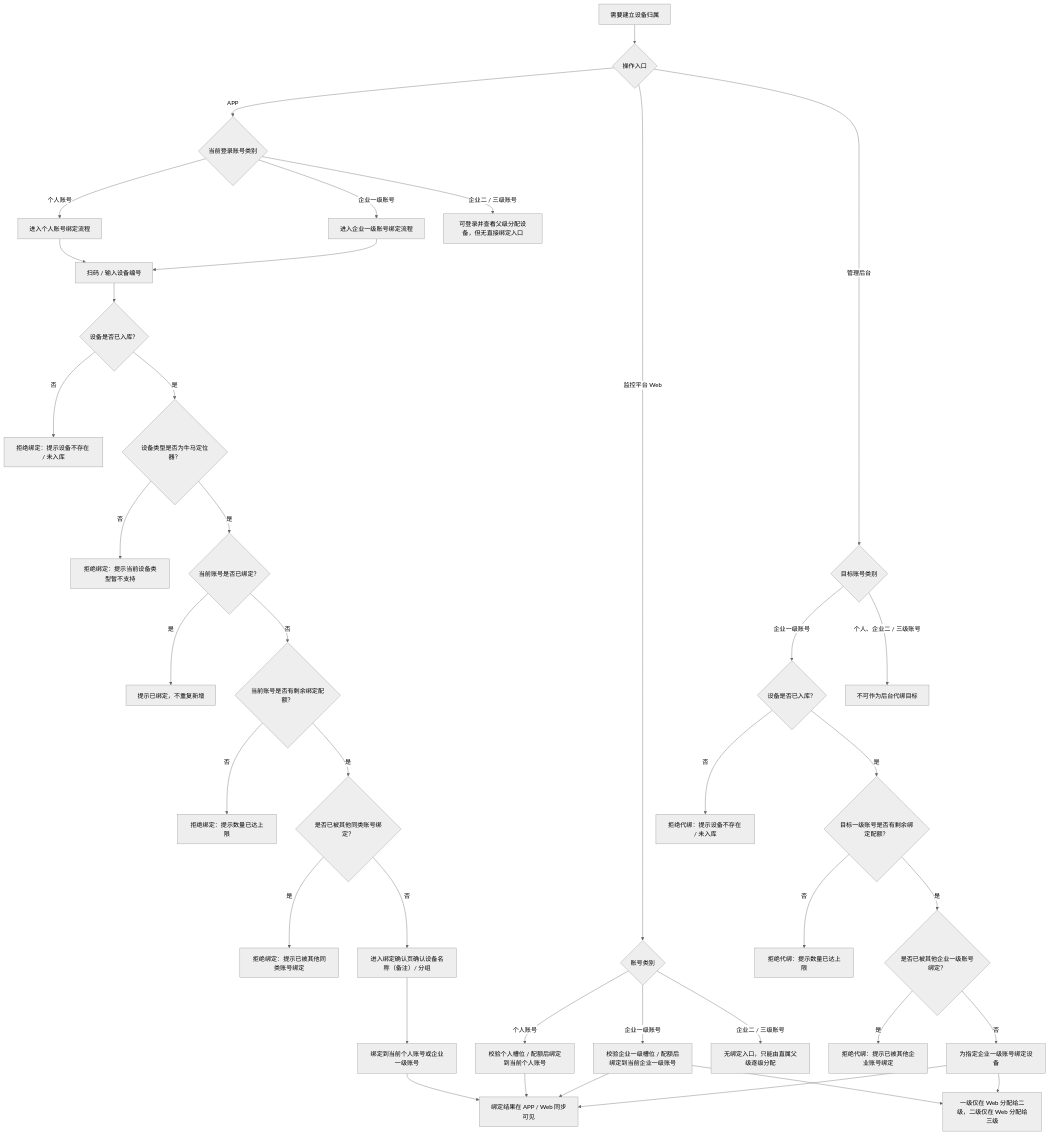
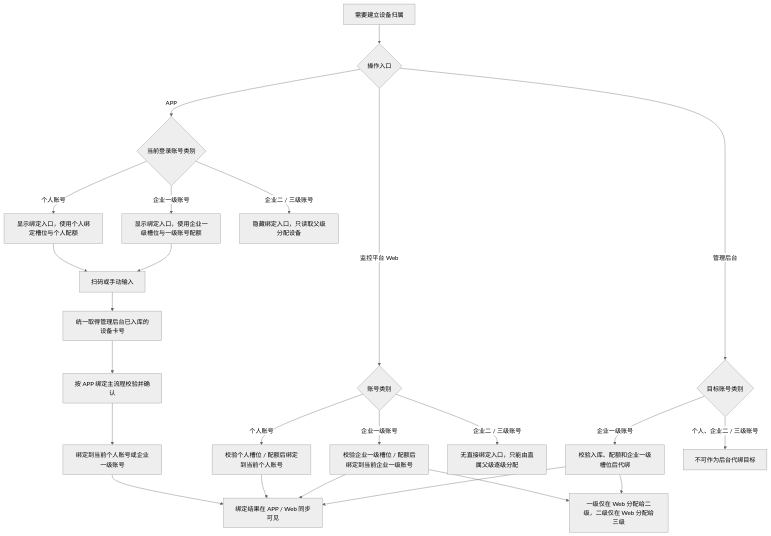
Before and after one commit to CuMgNa/skills: the fifth of 16 diagrams in docs/manuals/革泰/逻辑大纲/革泰 APP 设备管理逻辑点梳理 plan.md, drawn with Mermaid (neutral theme). The commit also changed other lines of this file and 29 other files, not shown here.

````diff
--- a/docs/manuals/革泰/逻辑大纲/革泰 APP 设备管理逻辑点梳理 plan.md
+++ b/docs/manuals/革泰/逻辑大纲/革泰 APP 设备管理逻辑点梳理 plan.md
@@ -392,45 +397,30 @@
 ```mermaid
 flowchart TD
     A["需要建立设备归属"] --> B{"操作入口"}
 
     B -->|"APP"| C{"当前登录账号类别"}
-    C -->|"个人账号"| C1["进入个人账号绑定流程"]
-    C -->|"企业一级账号"| C2["进入企业一级账号绑定流程"]
-    C -->|"企业二 / 三级账号"| C3["可登录并查看父级分配设备，但无直接绑定入口"]
-    C1 --> C4["扫码 / 输入设备编号"]
+    C -->|"个人账号"| C1["显示绑定入口，使用个人绑定槽位与个人配额"]
+    C -->|"企业一级账号"| C2["显示绑定入口，使用企业一级槽位与一级账号配额"]
+    C -->|"企业二 / 三级账号"| C3["隐藏绑定入口，只读取父级分配设备"]
+    C1 --> C4["扫码或手动输入"]
     C2 --> C4
-    C4 --> C5{"设备是否已入库？"}
-    C5 -->|"否"| C6["拒绝绑定：提示设备不存在 / 未入库"]
-    C5 -->|"是"| C7{"设备类型是否为牛马定位器？"}
-    C7 -->|"否"| C8["拒绝绑定：提示当前设备类型暂不支持"]
-    C7 -->|"是"| C9{"当前账号是否已绑定？"}
-    C9 -->|"是"| C10["提示已绑定，不重复新增"]
-    C9 -->|"否"| C11{"当前账号是否有剩余绑定配额？"}
-    C11 -->|"否"| C12["拒绝绑定：提示数量已达上限"]
-    C11 -->|"是"| C13{"是否已被其他同类账号绑定？"}
-    C13 -->|"是"| C14["拒绝绑定：提示已被其他同类账号绑定"]
-    C13 -->|"否"| C15["进入绑定确认页确认设备名称（备注）/ 分组"]
-    C15 --> C16["绑定到当前个人账号或企业一级账号"]
+    C4 --> C5["统一取得管理后台已入库的设备卡号"]
+    C5 --> C6["按 APP 绑定主流程校验并确认"]
+    C6 --> C7["绑定到当前个人账号或企业一级账号"]
 
     B -->|"监控平台 Web"| D{"账号类别"}
     D -->|"个人账号"| D1["校验个人槽位 / 配额后绑定到当前个人账号"]
     D -->|"企业一级账号"| D2["校验企业一级槽位 / 配额后绑定到当前企业一级账号"]
-    D -->|"企业二 / 三级账号"| D3["无绑定入口，只能由直属父级逐级分配"]
+    D -->|"企业二 / 三级账号"| D3["无直接绑定入口，只能由直属父级逐级分配"]
 
     B -->|"管理后台"| E{"目标账号类别"}
-    E -->|"企业一级账号"| E1{"设备是否已入库？"}
-    E1 -->|"否"| E2["拒绝代绑：提示设备不存在 / 未入库"]
-    E1 -->|"是"| E3{"目标一级账号是否有剩余绑定配额？"}
-    E3 -->|"否"| E4["拒绝代绑：提示数量已达上限"]
-    E3 -->|"是"| E5{"是否已被其他企业一级账号绑定？"}
-    E5 -->|"是"| E6["拒绝代绑：提示已被其他企业账号绑定"]
-    E5 -->|"否"| E7["为指定企业一级账号绑定设备"]
-    E -->|"个人、企业二 / 三级账号"| E8["不可作为后台代绑目标"]
+    E -->|"企业一级账号"| E1["校验入库、配额和企业一级槽位后代绑"]
+    E -->|"个人、企业二 / 三级账号"| E2["不可作为后台代绑目标"]
 
-    C16 --> F["绑定结果在 APP / Web 同步可见"]
+    C7 --> F["绑定结果在 APP / Web 同步可见"]
     D1 --> F
     D2 --> F
-    E7 --> F
+    E1 --> F
     D2 --> G["一级仅在 Web 分配给二级，二级仅在 Web 分配给三级"]
-    E7 --> G
+    E1 --> G
 ```
````
